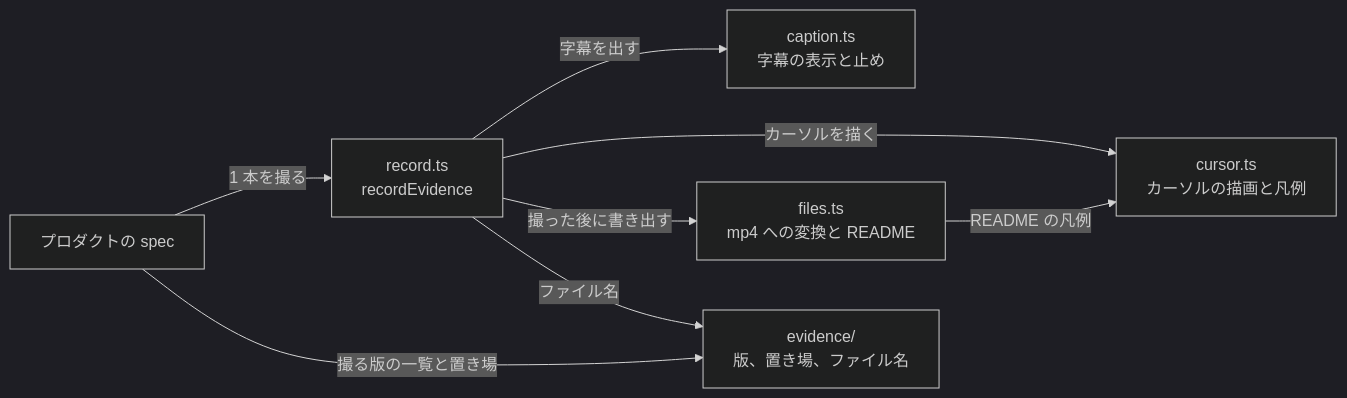
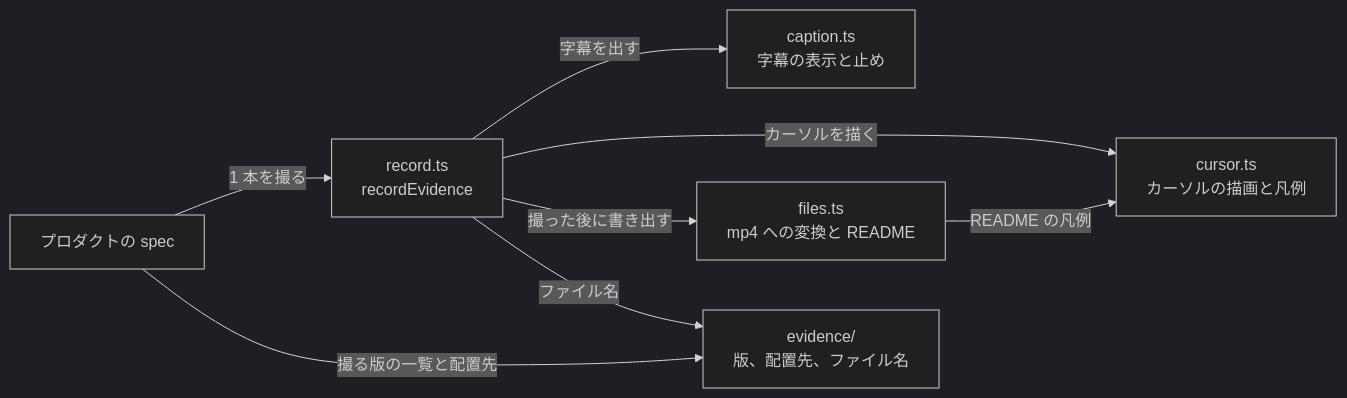
The first of 2 diagrams in packages/e2e/kit/recording/DesignDoc.md (Fukuemon/buddy), drawn with Mermaid (dark theme) before and after one commit. The commit also changed other lines of this file and 12 other files, not shown here.

````diff
--- a/packages/e2e/kit/recording/DesignDoc.md
+++ b/packages/e2e/kit/recording/DesignDoc.md
@@ -48,17 +48,17 @@
 ```mermaid
 flowchart LR
   spec["プロダクトの spec"]
   record["record.ts<br/>recordEvidence"]
   caption["caption.ts<br/>字幕の表示と止め"]
   cursor["cursor.ts<br/>カーソルの描画と凡例"]
   files["files.ts<br/>mp4 への変換と README"]
-  evidence["evidence/<br/>版、置き場、ファイル名"]
+  evidence["evidence/<br/>版、配置先、ファイル名"]
 
   spec -->|1 本を撮る| record
-  spec -->|撮る版の一覧と置き場| evidence
+  spec -->|撮る版の一覧と配置先| evidence
   record -->|字幕を出す| caption
   record -->|カーソルを描く| cursor
   record -->|撮った後に書き出す| files
   record -->|ファイル名| evidence
   files -->|README の凡例| cursor
 ```
````
